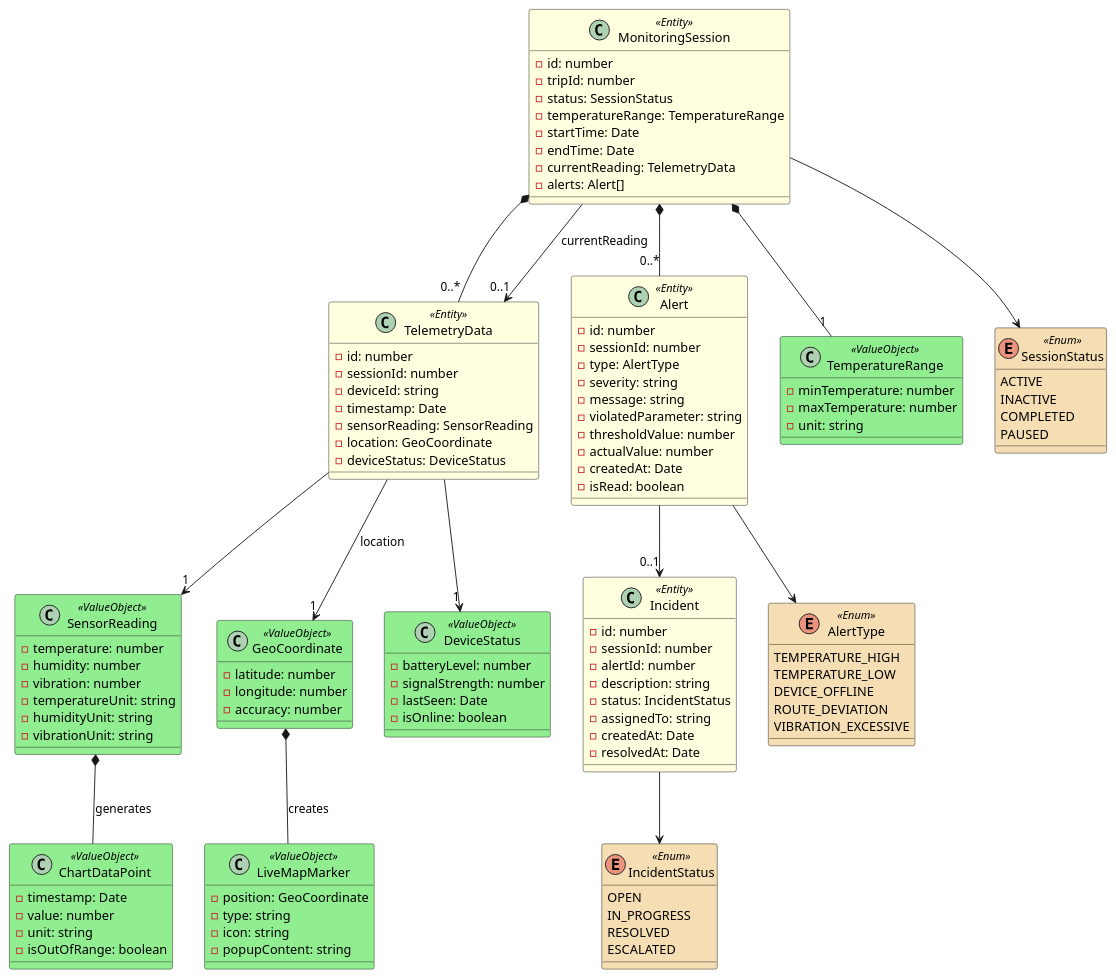
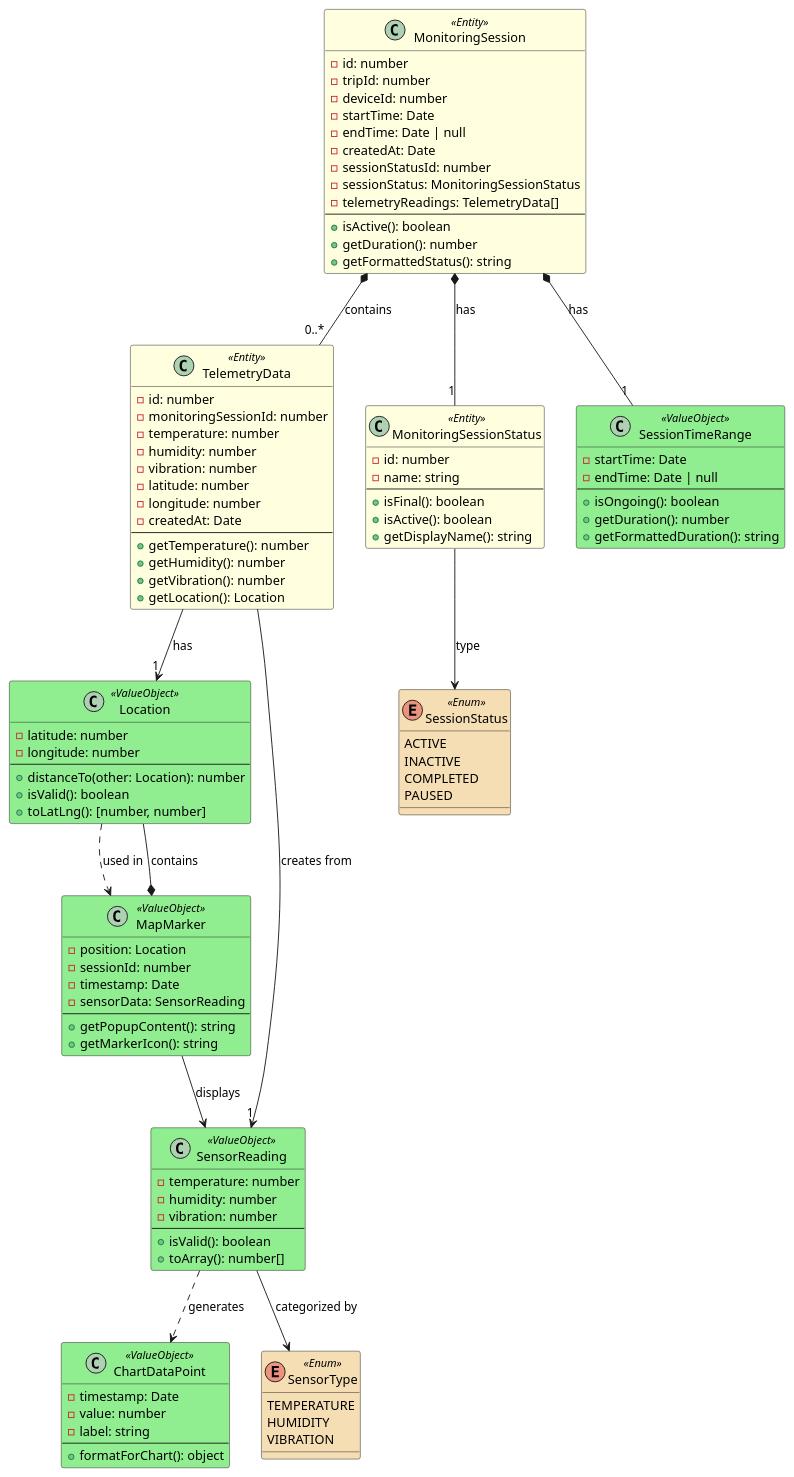
The diagram in assets/UML/Real-time-monitoring-Domain-Layer-Class-Diagram-Frontend.puml (Los-Parkers-IoT/LosParkers-report), drawn with PlantUML before and after one commit.

Commit message:
docs: update real time monitoring web app diagram

```diff
--- a/assets/UML/Real-time-monitoring-Domain-Layer-Class-Diagram-Frontend.puml
+++ b/assets/UML/Real-time-monitoring-Domain-Layer-Class-Diagram-Frontend.puml
@@ -1,148 +1,147 @@
-@startuml Real-Time-Monitoring-Frontend-Domain-Classes
+@startuml Real-Time-Monitoring-WebApp-Domain-Classes
+
 ' ========================
 ' Stereotypes colors
 ' ========================
 skinparam class {
     BackgroundColor<<Entity>> LightYellow
     BackgroundColor<<ValueObject>> LightGreen
     BackgroundColor<<Enum>> Wheat
 }
+
 ' ========================
-' Entities
+' Entities (from backend)
 ' ========================
 class MonitoringSession <<Entity>> {
   - id: number
   - tripId: number
-  - status: SessionStatus
-  - temperatureRange: TemperatureRange
+  - deviceId: number
   - startTime: Date
-  - endTime: Date
-  - currentReading: TelemetryData
-  - alerts: Alert[]
+  - endTime: Date | null
+  - createdAt: Date
+  - sessionStatusId: number
+  - sessionStatus: MonitoringSessionStatus
+  - telemetryReadings: TelemetryData[]
+  --
+  + isActive(): boolean
+  + getDuration(): number
+  + getFormattedStatus(): string
 }
 
 class TelemetryData <<Entity>> {
   - id: number
-  - sessionId: number
-  - deviceId: string
-  - timestamp: Date
-  - sensorReading: SensorReading
-  - location: GeoCoordinate
-  - deviceStatus: DeviceStatus
+  - monitoringSessionId: number
+  - temperature: number
+  - humidity: number
+  - vibration: number
+  - latitude: number
+  - longitude: number
+  - createdAt: Date
+  --
+  + getTemperature(): number
+  + getHumidity(): number
+  + getVibration(): number
+  + getLocation(): Location
 }
 
-class Alert <<Entity>> {
+class MonitoringSessionStatus <<Entity>> {
   - id: number
-  - sessionId: number
-  - type: AlertType
-  - severity: string
-  - message: string
-  - violatedParameter: string
-  - thresholdValue: number
-  - actualValue: number
-  - createdAt: Date
-  - isRead: boolean
-}
-
-class Incident <<Entity>> {
-  - id: number
-  - sessionId: number
-  - alertId: number
-  - description: string
-  - status: IncidentStatus
-  - assignedTo: string
-  - createdAt: Date
-  - resolvedAt: Date
+  - name: string
+  --
+  + isFinal(): boolean
+  + isActive(): boolean
+  + getDisplayName(): string
 }
 
 ' ========================
-' Value Objects
+' Value Objects (from backend + UI representation)
 ' ========================
-class TemperatureRange <<ValueObject>> {
-  - minTemperature: number
-  - maxTemperature: number
-  - unit: string
+class Location <<ValueObject>> {
+  - latitude: number
+  - longitude: number
+  --
+  + distanceTo(other: Location): number
+  + isValid(): boolean
+  + toLatLng(): [number, number]
 }
 
 class SensorReading <<ValueObject>> {
   - temperature: number
   - humidity: number
   - vibration: number
-  - temperatureUnit: string
-  - humidityUnit: string
-  - vibrationUnit: string
-}
-
-class GeoCoordinate <<ValueObject>> {
-  - latitude: number
-  - longitude: number
-  - accuracy: number
-}
-
-class DeviceStatus <<ValueObject>> {
-  - batteryLevel: number
-  - signalStrength: number
-  - lastSeen: Date
-  - isOnline: boolean
+  --
+  + isValid(): boolean
+  + toArray(): number[]
 }
 
 class ChartDataPoint <<ValueObject>> {
   - timestamp: Date
   - value: number
-  - unit: string
-  - isOutOfRange: boolean
+  - label: string
+  --
+  + formatForChart(): object
 }
 
-class LiveMapMarker <<ValueObject>> {
-  - position: GeoCoordinate
-  - type: string
-  - icon: string
-  - popupContent: string
+class MapMarker <<ValueObject>> {
+  - position: Location
+  - sessionId: number
+  - timestamp: Date
+  - sensorData: SensorReading
+  --
+  + getPopupContent(): string
+  + getMarkerIcon(): string
+}
+
+class SessionTimeRange <<ValueObject>> {
+  - startTime: Date
+  - endTime: Date | null
+  --
+  + isOngoing(): boolean
+  + getDuration(): number
+  + getFormattedDuration(): string
 }
 
 ' ========================
 ' Enums
 ' ========================
 enum SessionStatus <<Enum>> {
   ACTIVE
   INACTIVE
   COMPLETED
   PAUSED
 }
 
-enum AlertType <<Enum>> {
-  TEMPERATURE_HIGH
-  TEMPERATURE_LOW
-  DEVICE_OFFLINE
-  ROUTE_DEVIATION
-  VIBRATION_EXCESSIVE
-}
-
-enum IncidentStatus <<Enum>> {
-  OPEN
-  IN_PROGRESS
-  RESOLVED
-  ESCALATED
+enum SensorType <<Enum>> {
+  TEMPERATURE
+  HUMIDITY
+  VIBRATION
 }
 
 ' ========================
 ' Relationships
 ' ========================
-MonitoringSession *-- "1" TemperatureRange
-MonitoringSession --> SessionStatus
-MonitoringSession *-- "0..*" TelemetryData
-MonitoringSession *-- "0..*" Alert
-MonitoringSession --> "0..1" TelemetryData : currentReading
 
-TelemetryData --> "1" SensorReading
-TelemetryData --> "1" GeoCoordinate : location
-TelemetryData --> "1" DeviceStatus
+' MonitoringSession relationships
+MonitoringSession *-- "1" MonitoringSessionStatus : has
+MonitoringSession *-- "0..*" TelemetryData : contains
+MonitoringSession *-- "1" SessionTimeRange : has
 
-Alert --> AlertType
-Alert --> "0..1" Incident
+' MonitoringSessionStatus relationships
+MonitoringSessionStatus --> SessionStatus : type
 
-Incident --> IncidentStatus
+' TelemetryData relationships
+TelemetryData --> "1" Location : has
+TelemetryData --> "1" SensorReading : creates from
 
-SensorReading *-- ChartDataPoint : generates
-GeoCoordinate *-- LiveMapMarker : creates
+' SensorReading relationships
+SensorReading ..> ChartDataPoint : generates
+SensorReading --> SensorType : categorized by
+
+' Location relationships
+Location ..> MapMarker : used in
+
+' MapMarker relationships
+MapMarker *-- Location : contains
+MapMarker --> SensorReading : displays
+
 @enduml
```
